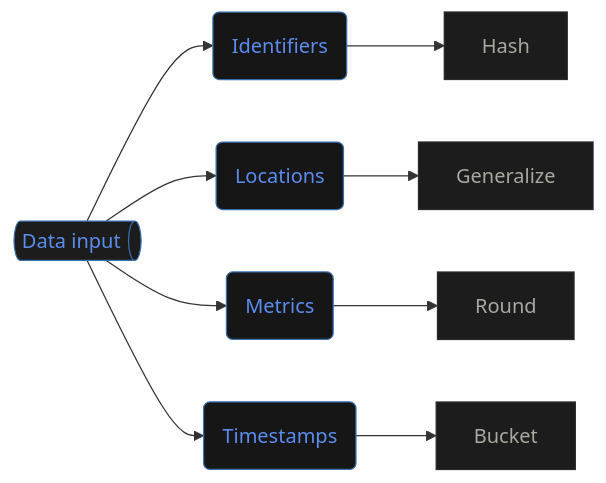
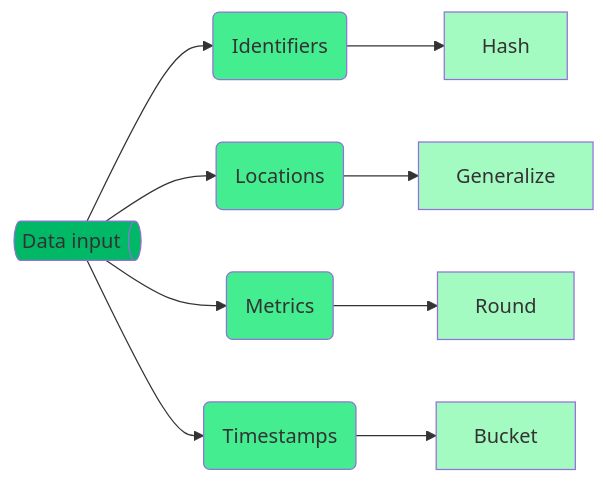
One commit to radra23/scryops-site changed the second of 4 diagrams in content/guides/data-masking-in-telemetry.md. Above: the diagram before and after it, drawn with Mermaid. The commit also changed other lines of this file and 4 other files, not shown here.

```diff
--- a/content/guides/data-masking-in-telemetry.md
+++ b/content/guides/data-masking-in-telemetry.md
@@ -84,19 +86,19 @@
 {{< mermaid >}}
 graph LR
     A@{ shape: das, label: "Data input"} --> B(Identifiers)
     A --> C(Locations)
     A --> D(Metrics)
     A --> E(Timestamps)
 
     B --> B1[Hash]
     C --> C1[Generalize]
     D --> D1[Round]
     E --> E1[Bucket]
     
-    style A fill:#1C1C1C,stroke:#3A6FAF,color:#5B8DEF
-    classDef second fill:#161616,stroke:#3A6FAF,color:#5B8DEF
-    classDef third fill:#1C1C1C,stroke:#2A2A2A,color:#A8A8A0
+    style A fill:#00B866
+    classDef second fill:#44ED90
+    classDef third fill:#A4FBC2
 
     class B,C,D,E second;
     class B1,C1,D1,E1 third;
 {{< /mermaid >}}
```
